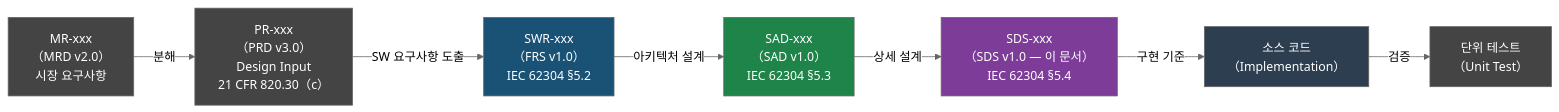
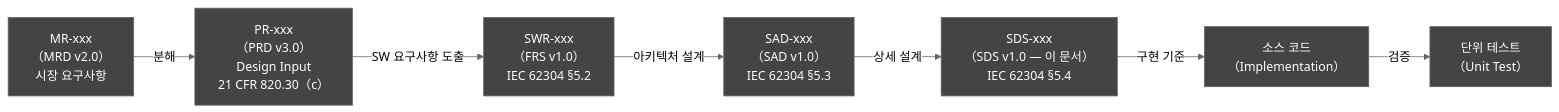
One commit to holee9/console-gui changed the first of 23 diagrams in docs/planning/DOC-007_SDS_v1.0.md. Above: the diagram before and after it, drawn with Mermaid (neutral theme). The commit also changed other lines of this file and 35 other files, not shown here.

First line of the commit message:
fix: 전체 Mermaid 차트 색상 진한 회색 통일

````diff
--- a/docs/planning/DOC-007_SDS_v1.0.md
+++ b/docs/planning/DOC-007_SDS_v1.0.md
@@ -88,23 +88,23 @@
 ```mermaid
 flowchart LR
     MRD["MR-xxx\n（MRD v2.0）\n시장 요구사항"]
     PRD["PR-xxx\n（PRD v3.0）\nDesign Input\n21 CFR 820.30（c）"]
     FRS["SWR-xxx\n（FRS v1.0）\nIEC 62304 §5.2"]
     SAD["SAD-xxx\n（SAD v1.0）\nIEC 62304 §5.3"]
     SDS["SDS-xxx\n（SDS v1.0 — 이 문서）\nIEC 62304 §5.4"]
     CODE["소스 코드\n（Implementation）"]
     UT["단위 테스트\n（Unit Test）"]
 
     MRD -->|분해| PRD
     PRD -->|SW 요구사항 도출| FRS
     FRS -->|아키텍처 설계| SAD
     SAD -->|상세 설계| SDS
     SDS -->|구현 기준| CODE
     CODE -->|검증| UT
 
     classDef default fill:#444,stroke:#666,color:#fff
-    style SDS fill:#7d3c98,color:#fff
-    style SAD fill:#1e8449,color:#fff
-    style FRS fill:#1a5276,color:#fff
-    style CODE fill:#2c3e50,color:#fff
+    style SDS fill:#444,color:#fff
+    style SAD fill:#444,color:#fff
+    style FRS fill:#444,color:#fff
+    style CODE fill:#444,color:#fff
 ```
````
